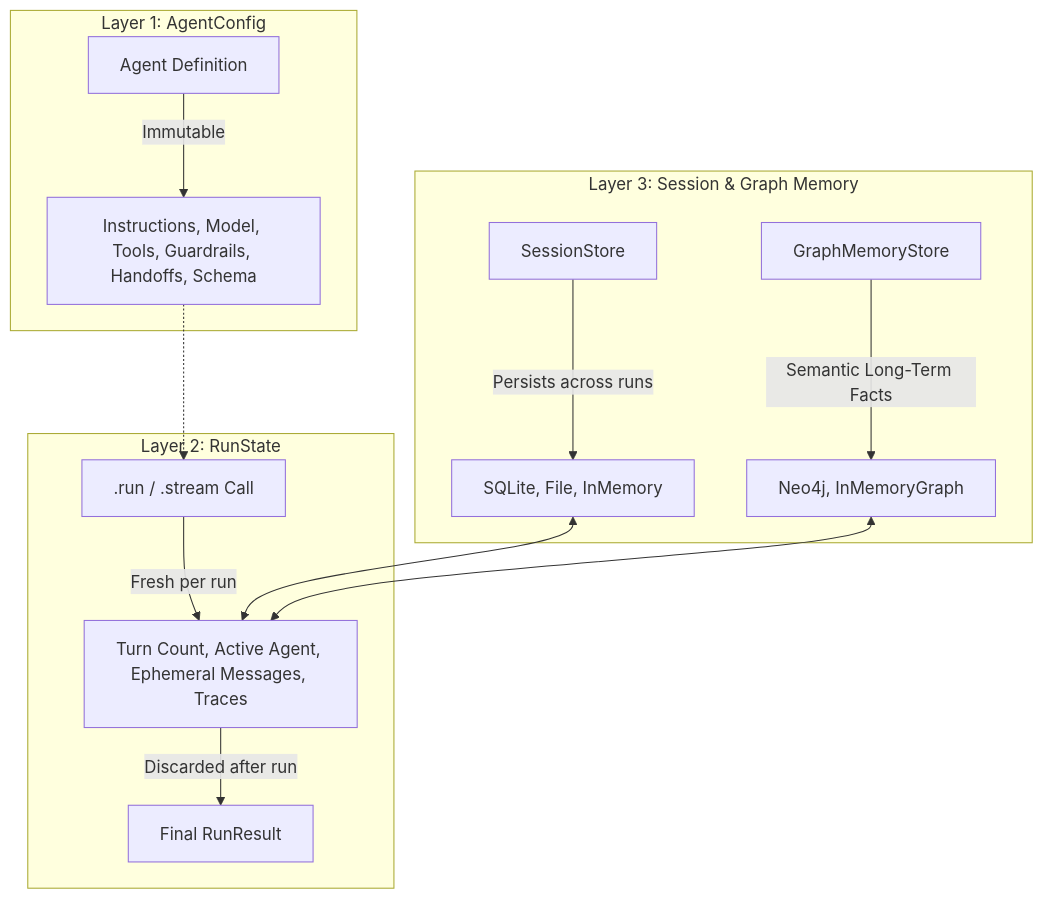
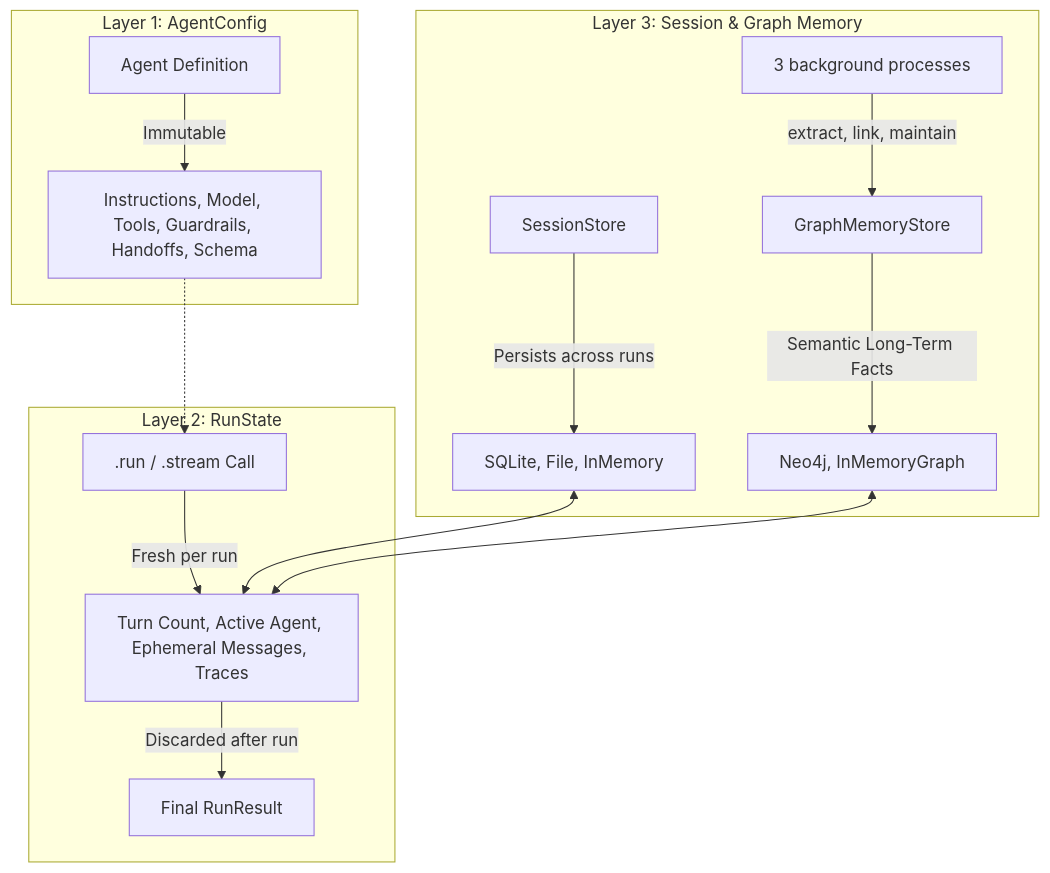
One commit to VeCtORbytes/SaGuSDK changed the diagram in README.md. Above: the diagram before and after it, drawn with Mermaid. The commit also changed other lines of this file and 14 other files, not shown here.

First line of the commit message:
feat(memory): three background graph processes and long-term memory

````diff
--- a/README.md
+++ b/README.md
@@ -38,20 +38,21 @@
 ```mermaid
 graph TD
     subgraph Layer 1: AgentConfig
         A[Agent Definition] -->|Immutable| B[Instructions, Model, Tools, Guardrails, Handoffs, Schema]
     end
 
     subgraph Layer 2: RunState
         C[.run / .stream Call] -->|Fresh per run| D[Turn Count, Active Agent, Ephemeral Messages, Traces]
         D -->|Discarded after run| E[Final RunResult]
     end
 
     subgraph Layer 3: Session & Graph Memory
         F[SessionStore] -->|Persists across runs| G[SQLite, File, InMemory]
         H[GraphMemoryStore] -->|Semantic Long-Term Facts| I[Neo4j, InMemoryGraph]
+        J[3 background processes] -->|extract, link, maintain| H
     end
 
     B -.-> C
     G <--> D
     I <--> D
 ```
````
